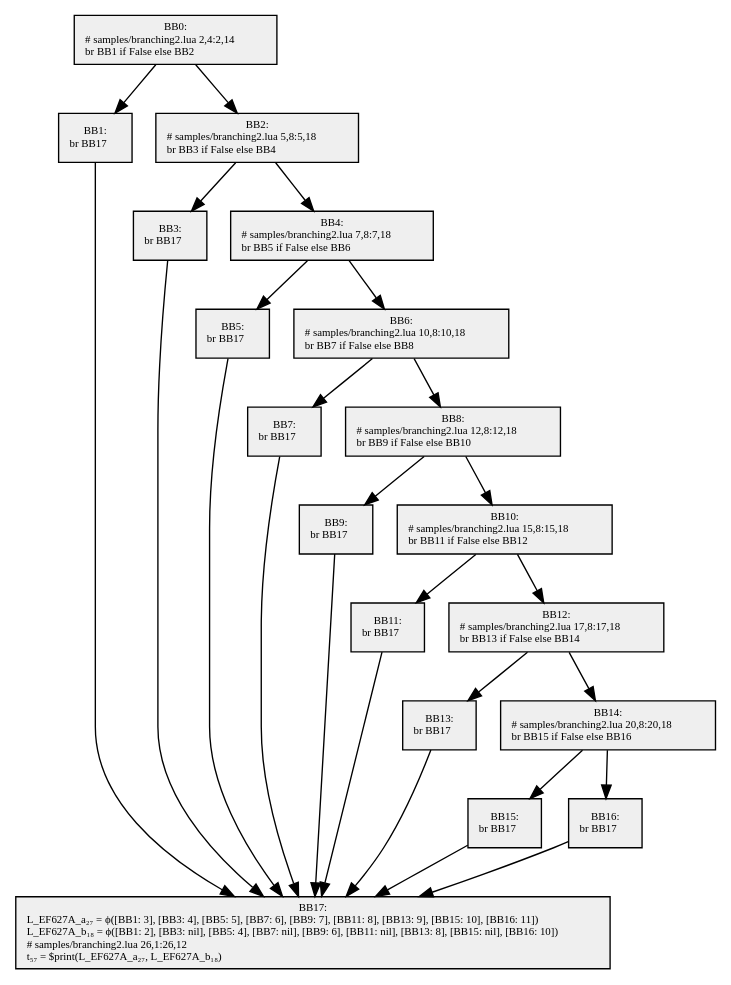
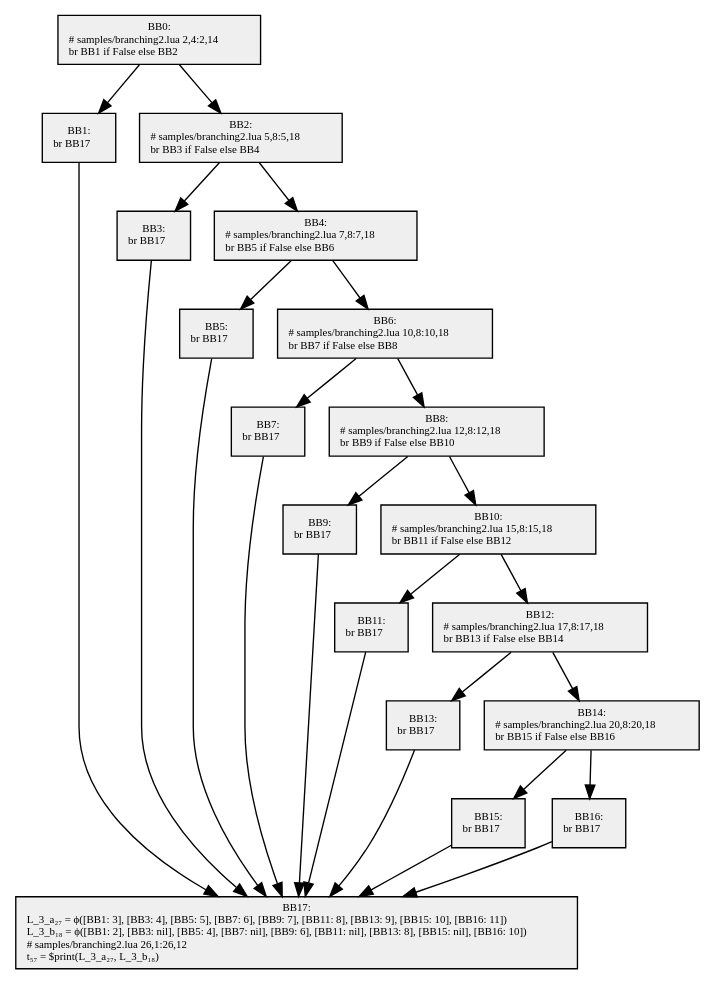
The diagram in src/SimpleCompiler.Cli/samples/obj/branching2.2.dot (GGG-KILLER/SimpleCompiler), drawn with Graphviz before and after one commit. The commit also changed 27 other files, not shown here.

```diff
--- a/src/SimpleCompiler.Cli/samples/obj/branching2.2.dot
+++ b/src/SimpleCompiler.Cli/samples/obj/branching2.2.dot
@@ -1,47 +1,47 @@
 digraph {
   node[shape=box style=filled fontsize=8 fontname="Cascadia Code" fillcolor="#efefef"];
   BB0 [label="BB0:\n# samples/branching2.lua 2,4:2,14\lbr BB1 if False else BB2\l"];
   BB1 [label="BB1:\nbr BB17\l"];
   BB2 [label="BB2:\n# samples/branching2.lua 5,8:5,18\lbr BB3 if False else BB4\l"];
   BB3 [label="BB3:\nbr BB17\l"];
   BB4 [label="BB4:\n# samples/branching2.lua 7,8:7,18\lbr BB5 if False else BB6\l"];
   BB5 [label="BB5:\nbr BB17\l"];
   BB6 [label="BB6:\n# samples/branching2.lua 10,8:10,18\lbr BB7 if False else BB8\l"];
   BB7 [label="BB7:\nbr BB17\l"];
   BB8 [label="BB8:\n# samples/branching2.lua 12,8:12,18\lbr BB9 if False else BB10\l"];
   BB9 [label="BB9:\nbr BB17\l"];
   BB10 [label="BB10:\n# samples/branching2.lua 15,8:15,18\lbr BB11 if False else BB12\l"];
   BB11 [label="BB11:\nbr BB17\l"];
   BB12 [label="BB12:\n# samples/branching2.lua 17,8:17,18\lbr BB13 if False else BB14\l"];
   BB13 [label="BB13:\nbr BB17\l"];
   BB14 [label="BB14:\n# samples/branching2.lua 20,8:20,18\lbr BB15 if False else BB16\l"];
   BB15 [label="BB15:\nbr BB17\l"];
   BB16 [label="BB16:\nbr BB17\l"];
-  BB17 [label="BB17:\nL_EF627A_a₂₇ = ϕ([BB1: 3], [BB3: 4], [BB5: 5], [BB7: 6], [BB9: 7], [BB11: 8], [BB13: 9], [BB15: 10], [BB16: 11])\lL_EF627A_b₁₈ = ϕ([BB1: 2], [BB3: nil], [BB5: 4], [BB7: nil], [BB9: 6], [BB11: nil], [BB13: 8], [BB15: nil], [BB16: 10])\l# samples/branching2.lua 26,1:26,12\lt₅₇ = $print(L_EF627A_a₂₇, L_EF627A_b₁₈)\l"];
+  BB17 [label="BB17:\nL_3_a₂₇ = ϕ([BB1: 3], [BB3: 4], [BB5: 5], [BB7: 6], [BB9: 7], [BB11: 8], [BB13: 9], [BB15: 10], [BB16: 11])\lL_3_b₁₈ = ϕ([BB1: 2], [BB3: nil], [BB5: 4], [BB7: nil], [BB9: 6], [BB11: nil], [BB13: 8], [BB15: nil], [BB16: 10])\l# samples/branching2.lua 26,1:26,12\lt₅₇ = $print(L_3_a₂₇, L_3_b₁₈)\l"];
 
   BB0 -> BB1;
   BB0 -> BB2;
   BB2 -> BB3;
   BB2 -> BB4;
   BB4 -> BB5;
   BB4 -> BB6;
   BB6 -> BB7;
   BB6 -> BB8;
   BB8 -> BB9;
   BB8 -> BB10;
   BB10 -> BB11;
   BB10 -> BB12;
   BB12 -> BB13;
   BB12 -> BB14;
   BB14 -> BB15;
   BB14 -> BB16;
   BB1 -> BB17;
   BB3 -> BB17;
   BB5 -> BB17;
   BB7 -> BB17;
   BB9 -> BB17;
   BB11 -> BB17;
   BB13 -> BB17;
   BB15 -> BB17;
   BB16 -> BB17;
 }
```
